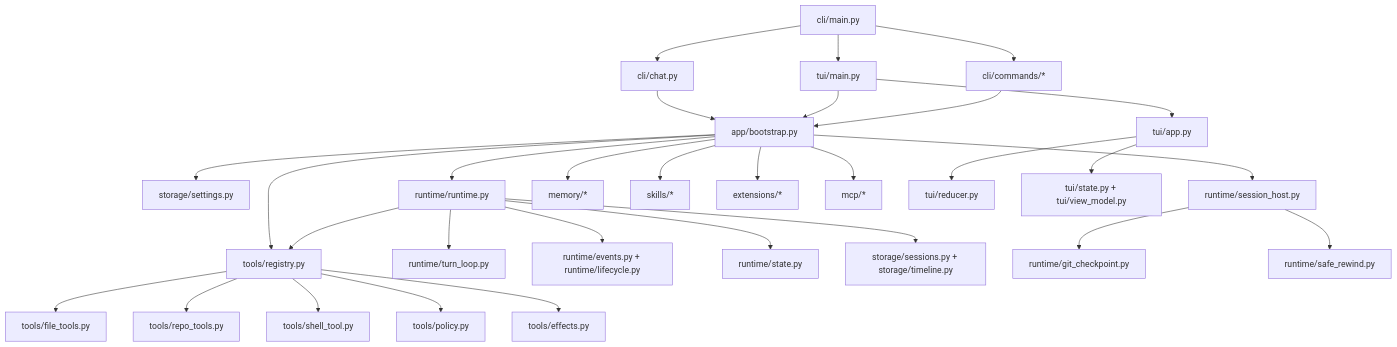
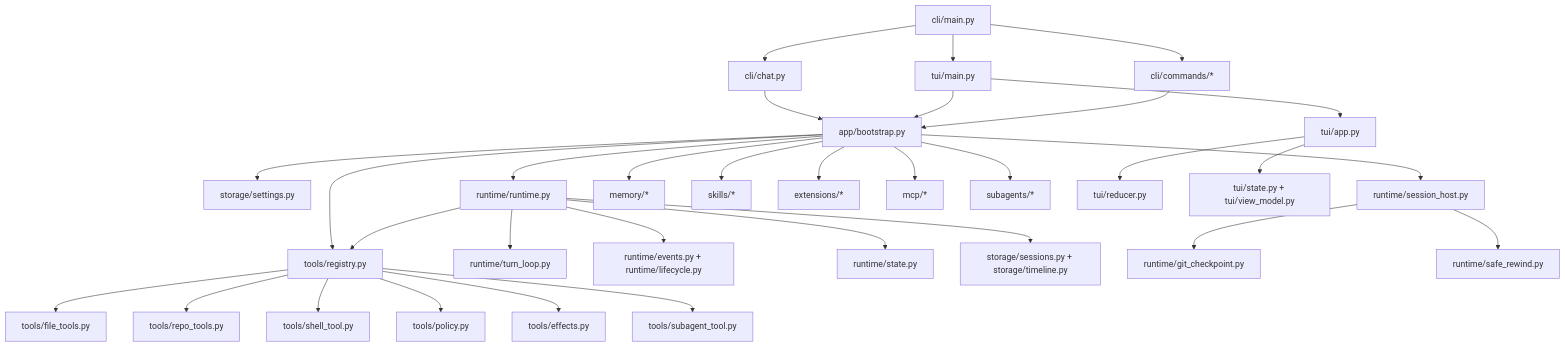
Before and after one commit to CHEN2003-CHIP/pp-Echo: the first of 4 diagrams in docs/source-map.md, drawn with Mermaid. The commit also changed other lines of this file and 5 other files, not shown here.

````diff
--- a/docs/source-map.md
+++ b/docs/source-map.md
@@ -16,38 +23,40 @@
 ```mermaid
 flowchart TD
   CLI["cli/main.py"] --> CHAT["cli/chat.py"]
   CLI --> TUI["tui/main.py"]
   CLI --> COMMANDS["cli/commands/*"]
 
   CHAT --> BOOT["app/bootstrap.py"]
   TUI --> BOOT
   COMMANDS --> BOOT
 
   BOOT --> SETTINGS["storage/settings.py"]
   BOOT --> HOST["runtime/session_host.py"]
   BOOT --> REG["tools/registry.py"]
   BOOT --> RUNTIME["runtime/runtime.py"]
   BOOT --> MEMORY["memory/*"]
   BOOT --> SKILLS["skills/*"]
   BOOT --> EXT["extensions/*"]
   BOOT --> MCP["mcp/*"]
+  BOOT --> SUB["subagents/*"]
 
   RUNTIME --> TURN["runtime/turn_loop.py"]
   RUNTIME --> EVENTS["runtime/events.py + runtime/lifecycle.py"]
   RUNTIME --> STATE["runtime/state.py"]
   RUNTIME --> STORES["storage/sessions.py + storage/timeline.py"]
   RUNTIME --> REG
 
   REG --> FILETOOLS["tools/file_tools.py"]
   REG --> REPOTOOLS["tools/repo_tools.py"]
   REG --> SHELL["tools/shell_tool.py"]
   REG --> POLICY["tools/policy.py"]
   REG --> EFFECTS["tools/effects.py"]
+  REG --> SUBTOOL["tools/subagent_tool.py"]
 
   HOST --> CHECKPOINT["runtime/git_checkpoint.py"]
   HOST --> REWIND["runtime/safe_rewind.py"]
 
   TUI --> TUIAPP["tui/app.py"]
   TUIAPP --> TUIREDUCER["tui/reducer.py"]
   TUIAPP --> TUISTATE["tui/state.py + tui/view_model.py"]
 ```
````
